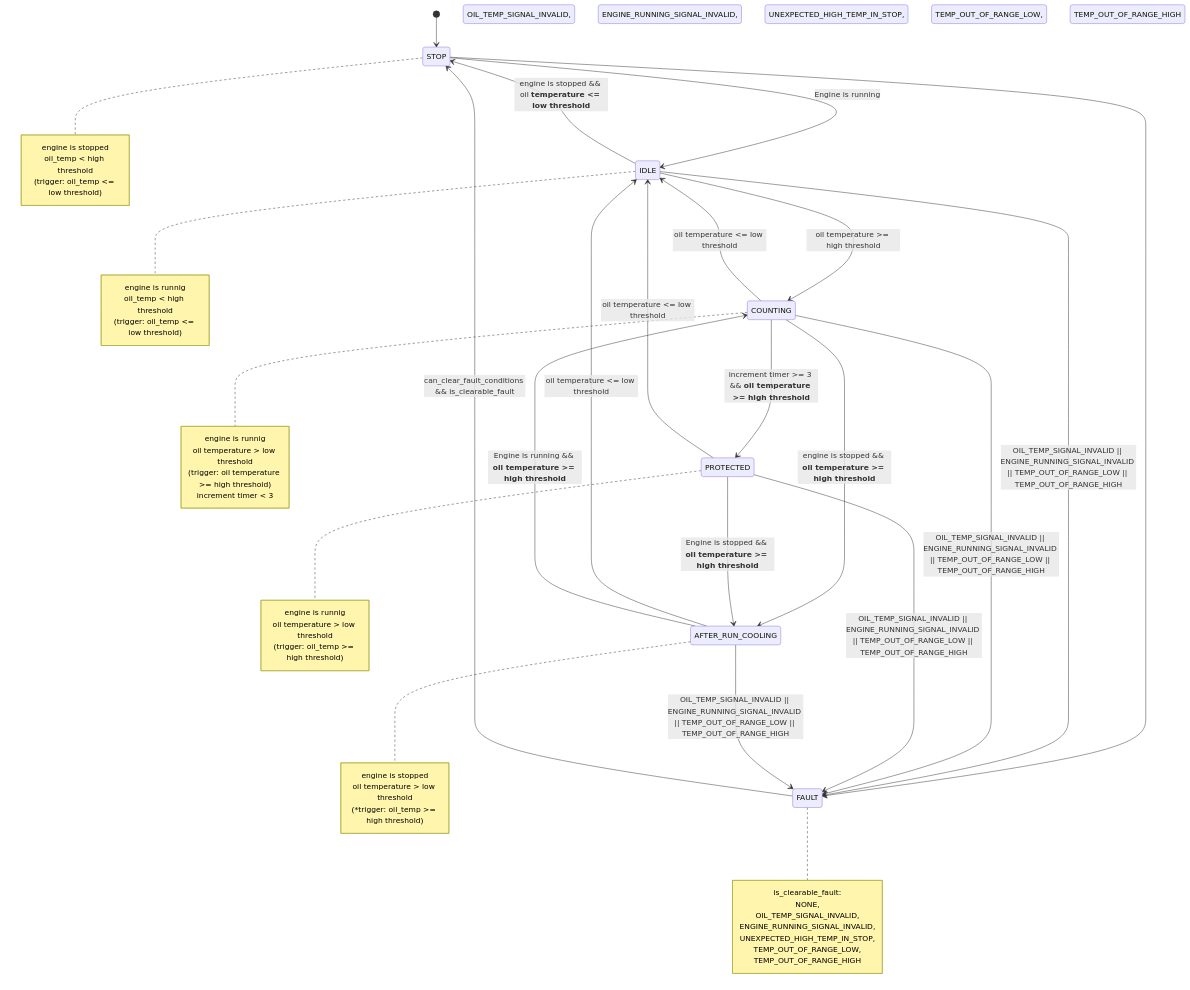
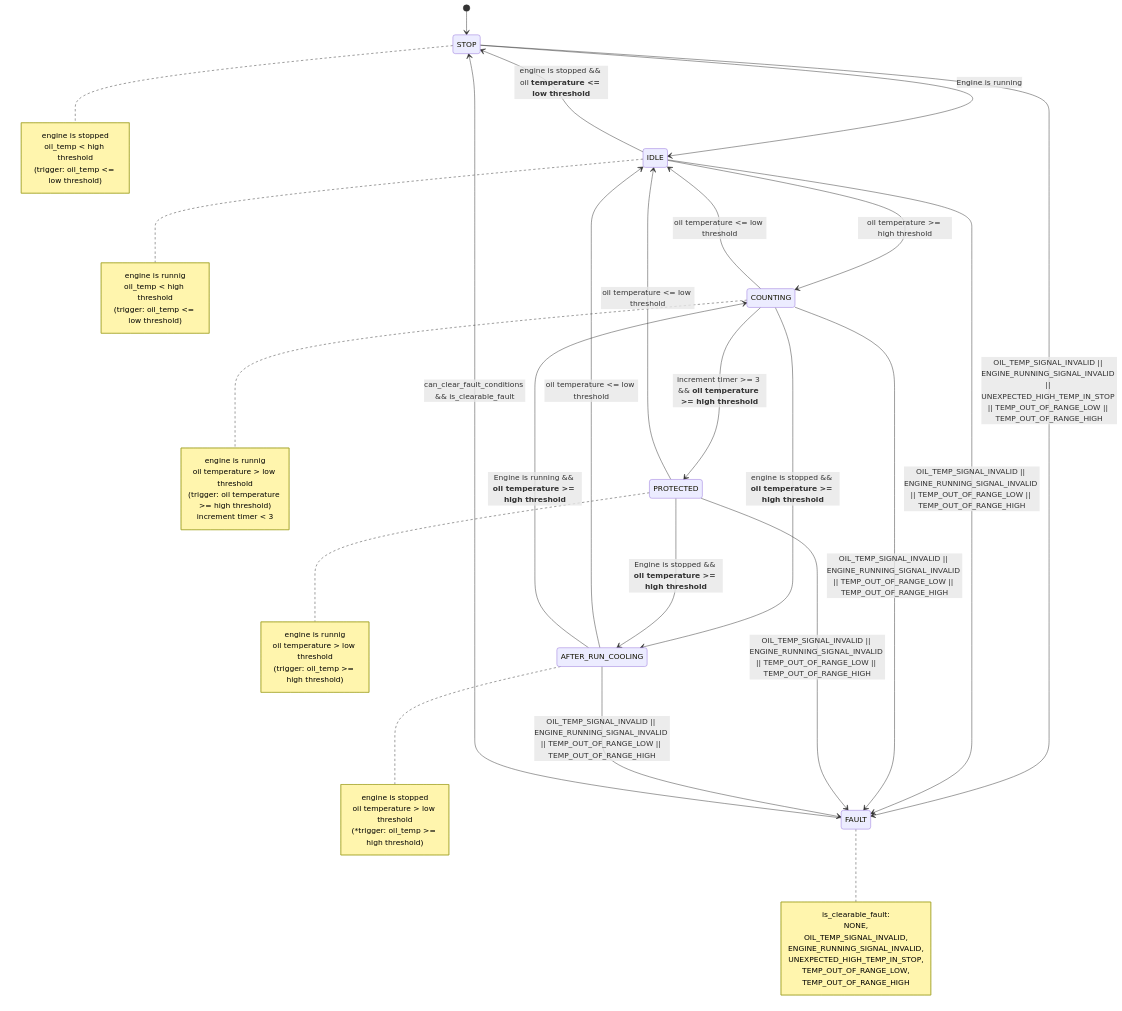
One commit to CY-M02605/Embedded-Control-Architecture changed the diagram in README.md. Above: the diagram before and after it, drawn with Mermaid.

````diff
--- a/README.md
+++ b/README.md
@@ -237,66 +237,61 @@
 ```mermaid
 stateDiagram-v2
     [*] --> STOP
 
     note right of STOP
         engine is stopped
         oil_temp < high threshold
         (trigger: oil_temp <= low threshold)
     end note
     STOP --> IDLE: Engine is running
-    STOP --> FAULT: 
-            OIL_TEMP_SIGNAL_INVALID, 
-            ENGINE_RUNNING_SIGNAL_INVALID,
-            UNEXPECTED_HIGH_TEMP_IN_STOP,
-            TEMP_OUT_OF_RANGE_LOW,
-            TEMP_OUT_OF_RANGE_HIGH
+    STOP --> FAULT: OIL_TEMP_SIGNAL_INVALID || ENGINE_RUNNING_SIGNAL_INVALID || UNEXPECTED_HIGH_TEMP_IN_STOP || TEMP_OUT_OF_RANGE_LOW || TEMP_OUT_OF_RANGE_HIGH
 
     note right of IDLE
         engine is runnig
         oil_temp < high threshold
         (trigger: oil_temp <= low threshold)
     end note
     IDLE --> COUNTING: oil temperature >= high threshold
     IDLE --> STOP: engine is stopped && oil **temperature <= low threshold**
     IDLE --> FAULT: OIL_TEMP_SIGNAL_INVALID || ENGINE_RUNNING_SIGNAL_INVALID || TEMP_OUT_OF_RANGE_LOW || TEMP_OUT_OF_RANGE_HIGH
 
     note right of COUNTING
         engine is runnig
         oil temperature > low threshold
         (trigger: oil temperature >= high threshold)
         increment timer < 3
     end note
     COUNTING --> PROTECTED: increment timer >= 3 && **oil temperature >= high threshold**
     COUNTING --> IDLE: oil temperature <= low threshold
     COUNTING --> AFTER_RUN_COOLING: engine is stopped && **oil temperature >= high threshold**
     COUNTING --> FAULT: OIL_TEMP_SIGNAL_INVALID || ENGINE_RUNNING_SIGNAL_INVALID || TEMP_OUT_OF_RANGE_LOW || TEMP_OUT_OF_RANGE_HIGH
 
     note right of PROTECTED
         engine is runnig
         oil temperature > low threshold
         (trigger: oil_temp >= high threshold)
     end note
     PROTECTED --> IDLE: oil temperature <= low threshold
     PROTECTED --> AFTER_RUN_COOLING: Engine is stopped && **oil temperature >= high threshold**
     PROTECTED --> FAULT: OIL_TEMP_SIGNAL_INVALID || ENGINE_RUNNING_SIGNAL_INVALID || TEMP_OUT_OF_RANGE_LOW || TEMP_OUT_OF_RANGE_HIGH
 
     note right of AFTER_RUN_COOLING
         engine is stopped
         oil temperature > low threshold
         (*trigger: oil_temp >= high threshold)
     end note
     AFTER_RUN_COOLING --> IDLE: oil temperature <= low threshold
     AFTER_RUN_COOLING --> COUNTING: Engine is running && **oil temperature >= high threshold**
     AFTER_RUN_COOLING --> FAULT: OIL_TEMP_SIGNAL_INVALID || ENGINE_RUNNING_SIGNAL_INVALID || TEMP_OUT_OF_RANGE_LOW || TEMP_OUT_OF_RANGE_HIGH
 
     note right of FAULT
         is_clearable_fault:
             NONE,
             OIL_TEMP_SIGNAL_INVALID,
             ENGINE_RUNNING_SIGNAL_INVALID,
             UNEXPECTED_HIGH_TEMP_IN_STOP,
             TEMP_OUT_OF_RANGE_LOW,
             TEMP_OUT_OF_RANGE_HIGH
     end note
     FAULT --> STOP: can_clear_fault_conditions && is_clearable_fault
 ```
````
